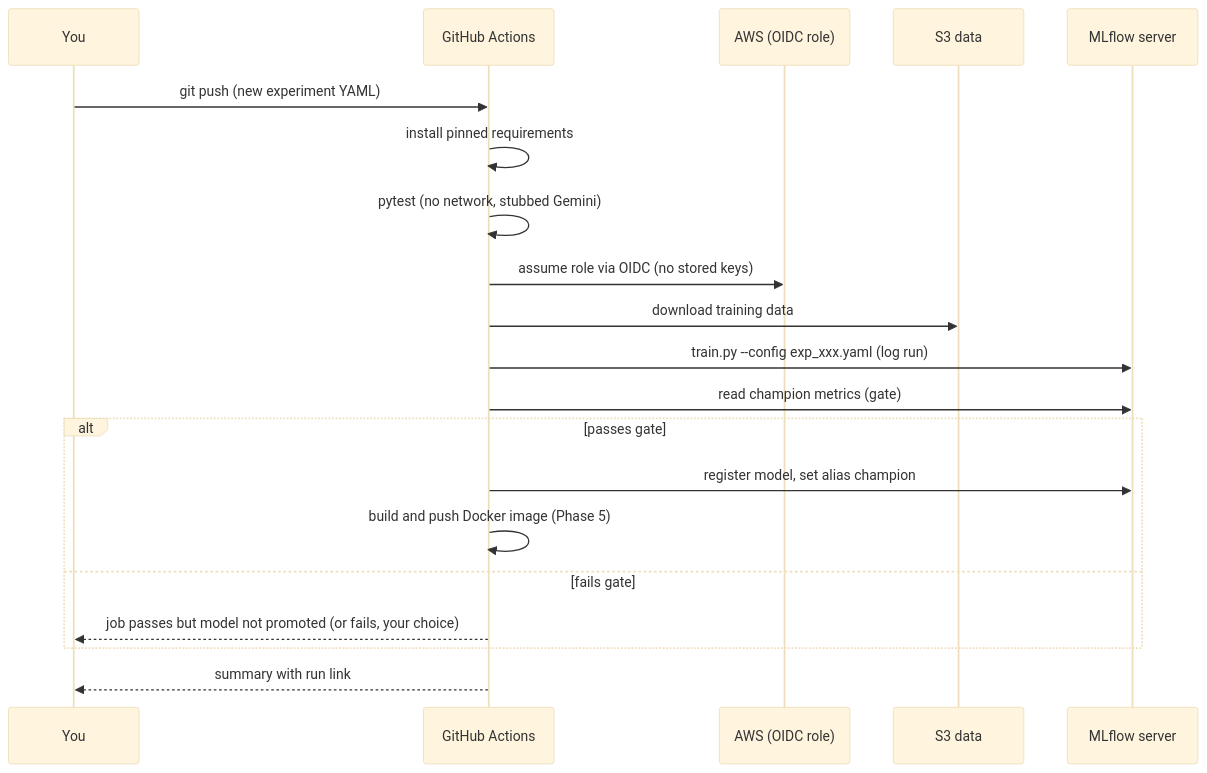
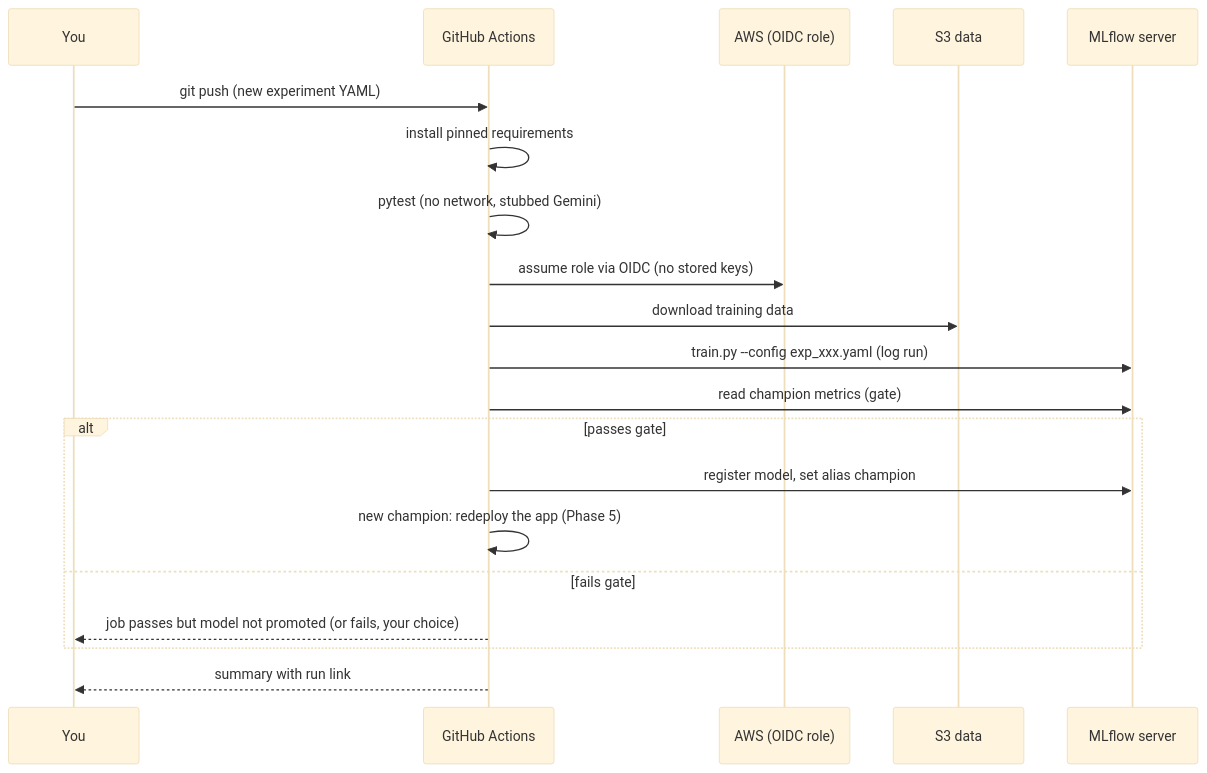
One commit to Pradeep1777/weather-forecast changed the fourth of 6 diagrams in docs/mlops_aws_plan.md. Above: the diagram before and after it, drawn with Mermaid (base theme). The commit also changed other lines of this file and 5 other files, not shown here.

````diff
--- a/docs/mlops_aws_plan.md
+++ b/docs/mlops_aws_plan.md
@@ -102,22 +103,22 @@
 ```mermaid
 sequenceDiagram
     participant Dev as You
     participant GH as GitHub Actions
     participant AWS as AWS (OIDC role)
     participant S3 as S3 data
     participant ML as MLflow server
     Dev->>GH: git push (new experiment YAML)
     GH->>GH: install pinned requirements
     GH->>GH: pytest (no network, stubbed Gemini)
     GH->>AWS: assume role via OIDC (no stored keys)
     GH->>S3: download training data
     GH->>ML: train.py --config exp_xxx.yaml (log run)
     GH->>ML: read champion metrics (gate)
     alt passes gate
         GH->>ML: register model, set alias champion
-        GH->>GH: build and push Docker image (Phase 5)
+        GH->>GH: new champion: redeploy the app (Phase 5)
     else fails gate
         GH-->>Dev: job passes but model not promoted (or fails, your choice)
     end
     GH-->>Dev: summary with run link
 ```
````
